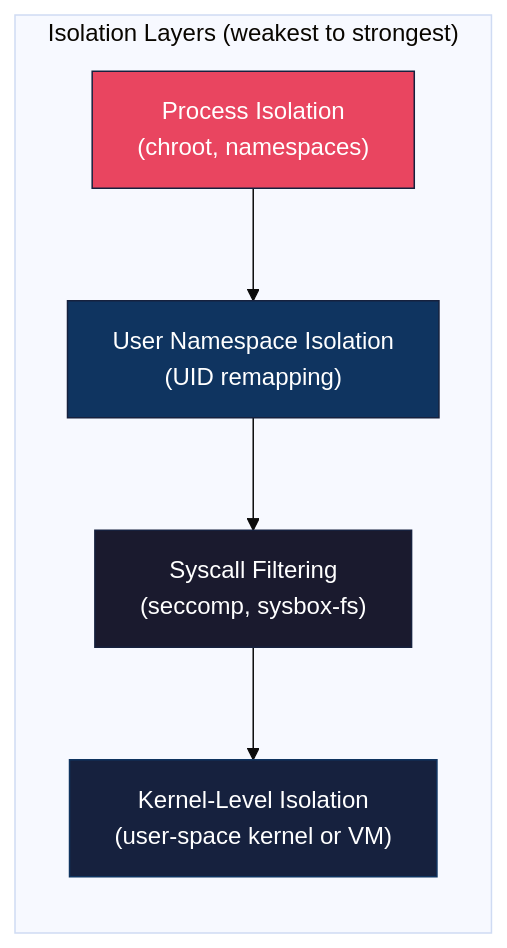
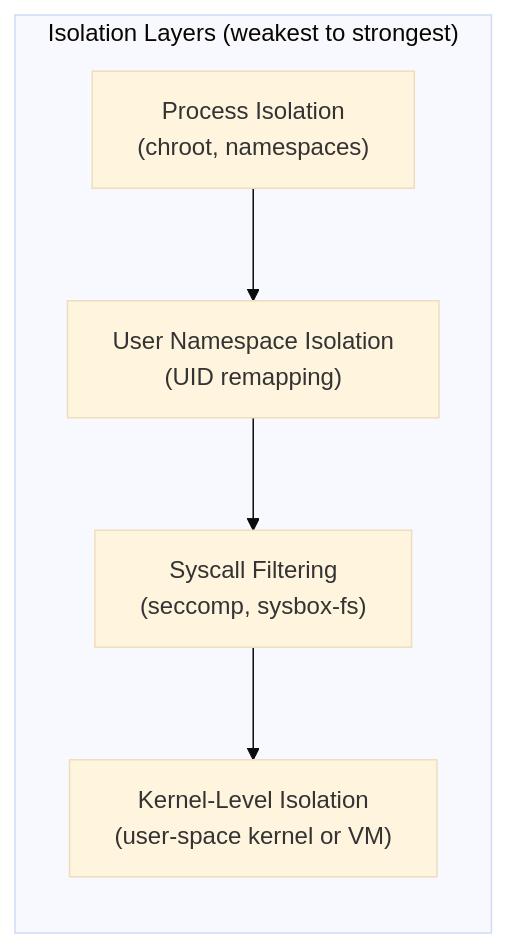
The first of 8 diagrams in docs/security-comparison.md (novotnyllc/ContainAI), drawn with Mermaid (base theme) before and after one commit. The commit also changed other lines of this file and 14 other files, not shown here.

````diff
--- a/docs/security-comparison.md
+++ b/docs/security-comparison.md
@@ -47,19 +47,15 @@
 ```mermaid
 flowchart TB
     subgraph Layers["Isolation Layers (weakest to strongest)"]
         direction TB
         L1["Process Isolation<br/>(chroot, namespaces)"]
         L2["User Namespace Isolation<br/>(UID remapping)"]
         L3["Syscall Filtering<br/>(seccomp, sysbox-fs)"]
         L4["Kernel-Level Isolation<br/>(user-space kernel or VM)"]
     end
 
     L1 --> L2
     L2 --> L3
     L3 --> L4
 
-    style L1 fill:#e94560,stroke:#16213e,color:#fff
-    style L2 fill:#0f3460,stroke:#16213e,color:#fff
-    style L3 fill:#1a1a2e,stroke:#16213e,color:#fff
-    style L4 fill:#16213e,stroke:#0f3460,color:#fff
 ```
````
